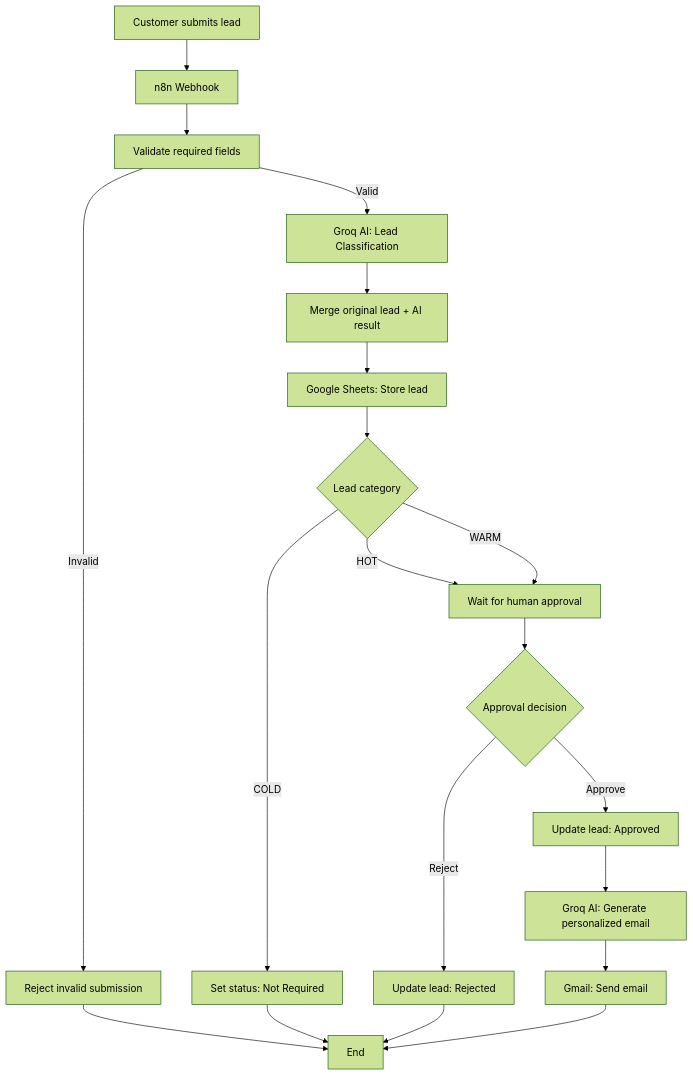
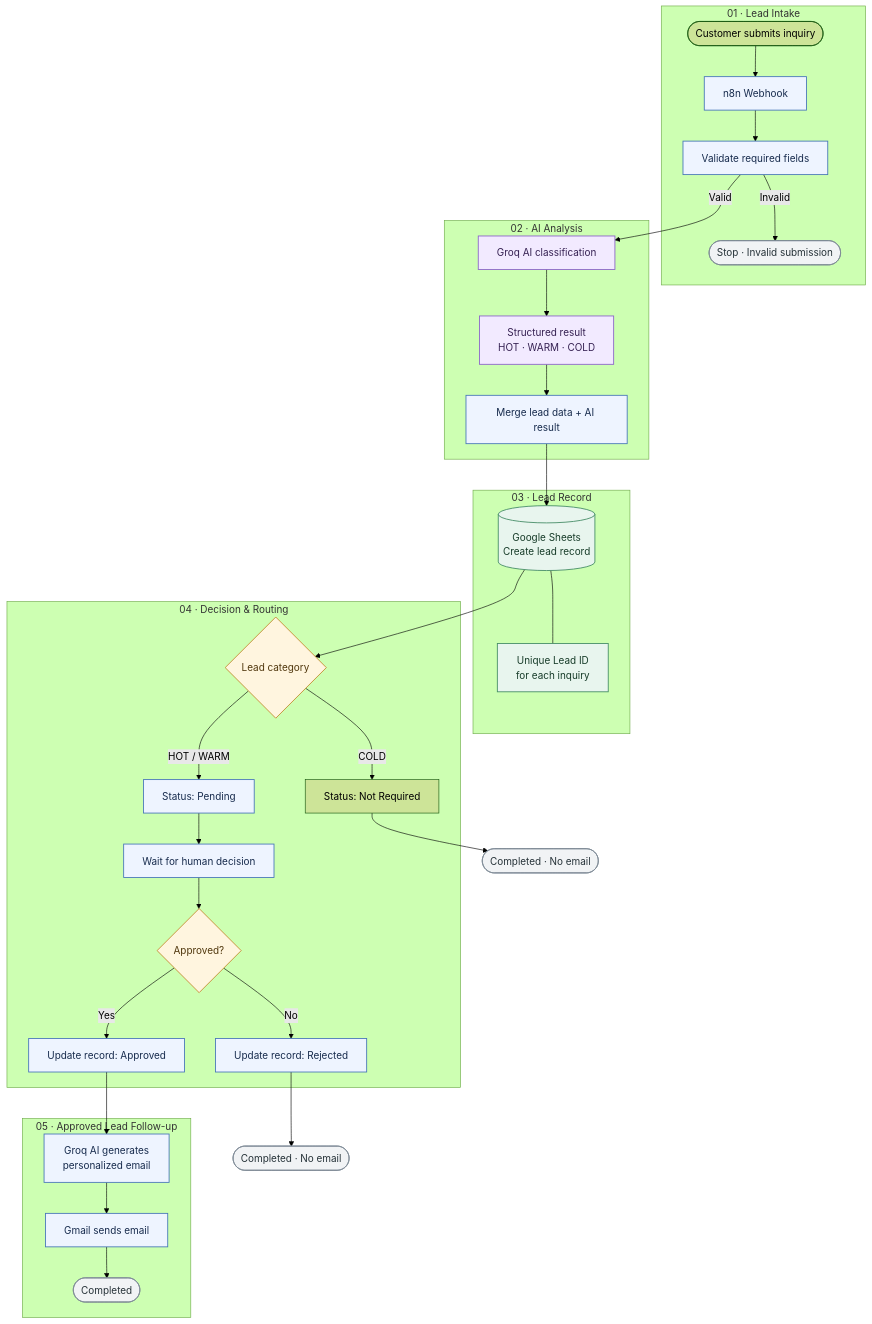
One commit to MBM305/AI-Powered-Lead-Management-System changed the diagram in Documentation/architecture.md. Above: the diagram before and after it, drawn with Mermaid (forest theme). The commit also changed other lines of this file, not shown here.

Commit message:
Redesign system architecture diagram

````diff
--- a/Documentation/architecture.md
+++ b/Documentation/architecture.md
@@ -7,26 +7,49 @@
 ```mermaid
-flowchart TD
-    A["Customer submits lead"] --> B["n8n Webhook"]
-    B --> C["Validate required fields"]
-    C -->|Invalid| D["Reject invalid submission"]
-    C -->|Valid| E["Groq AI: Lead Classification"]
-    E --> F["Merge original lead + AI result"]
-    F --> G["Google Sheets: Store lead"]
-    G --> H{"Lead category"}
+flowchart TB
+    subgraph INTAKE["01 · Lead Intake"]
+        A(["Customer submits inquiry"]) --> B["n8n Webhook"]
+        B --> C["Validate required fields"]
+        C -->|Invalid| X(["Stop · Invalid submission"])
+    end
 
-    H -->|HOT| I["Wait for human approval"]
-    H -->|WARM| I
-    H -->|COLD| J["Set status: Not Required"]
+    subgraph AI["02 · AI Analysis"]
+        C -->|Valid| D["Groq AI classification"]
+        D --> E["Structured result<br/>HOT · WARM · COLD"]
+        E --> F["Merge lead data + AI result"]
+    end
 
-    I --> K{"Approval decision"}
-    K -->|Approve| L["Update lead: Approved"]
-    K -->|Reject| M["Update lead: Rejected"]
+    subgraph DATA["03 · Lead Record"]
+        F --> G[("Google Sheets<br/>Create lead record")]
+        G --- H["Unique Lead ID<br/>for each inquiry"]
+    end
 
-    L --> N["Groq AI: Generate personalized email"]
-    N --> O["Gmail: Send email"]
+    subgraph ROUTING["04 · Decision & Routing"]
+        G --> I{"Lead category"}
+        I -->|HOT / WARM| J["Status: Pending"]
+        I -->|COLD| K["Status: Not Required"]
+        J --> L["Wait for human decision"]
+        L --> M{"Approved?"}
+        M -->|No| N["Update record: Rejected"]
+        M -->|Yes| O["Update record: Approved"]
+    end
 
-    D --> P["End"]
-    J --> P
-    M --> P
-    O --> P
+    subgraph DELIVERY["05 · Approved Lead Follow-up"]
+        O --> P["Groq AI generates<br/>personalized email"]
+        P --> Q["Gmail sends email"]
+        Q --> R(["Completed"])
+    end
+
+    K --> S(["Completed · No email"])
+    N --> T(["Completed · No email"])
+
+    classDef process fill:#eef4ff,stroke:#4776b8,color:#172b4d,stroke-width:1.4px
+    classDef ai fill:#f2eaff,stroke:#8a63c7,color:#352052,stroke-width:1.4px
+    classDef data fill:#e8f5ee,stroke:#438b65,color:#173c29,stroke-width:1.4px
+    classDef decision fill:#fff5df,stroke:#c28a2c,color:#50370d,stroke-width:1.4px
+    classDef terminal fill:#f1f3f5,stroke:#7b8794,color:#263238,stroke-width:1.2px
+    class B,C,F,J,L,O,N,P,Q process
+    class D,E ai
+    class G,H data
+    class I,M decision
+    class X,R,S,T terminal
 ```
````
